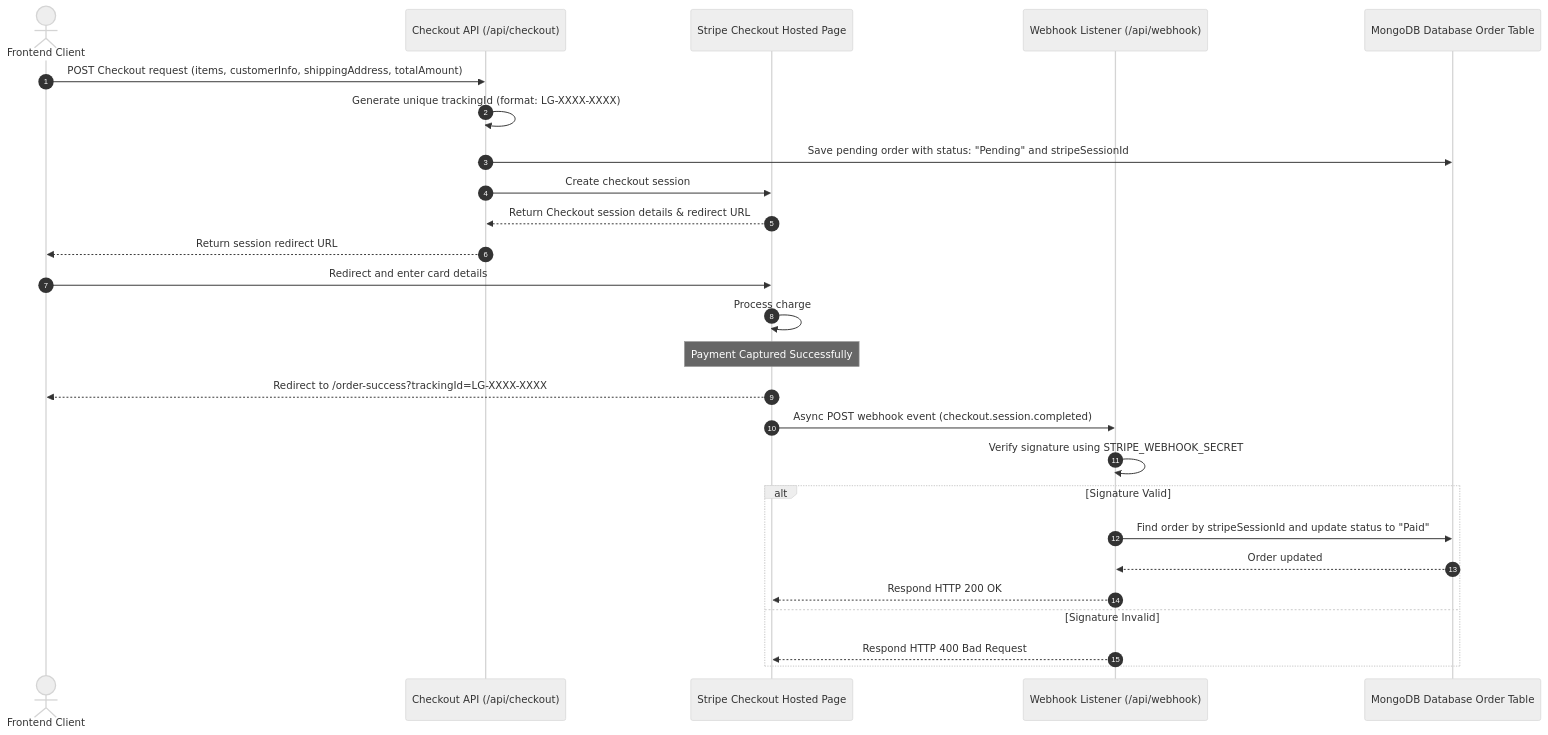
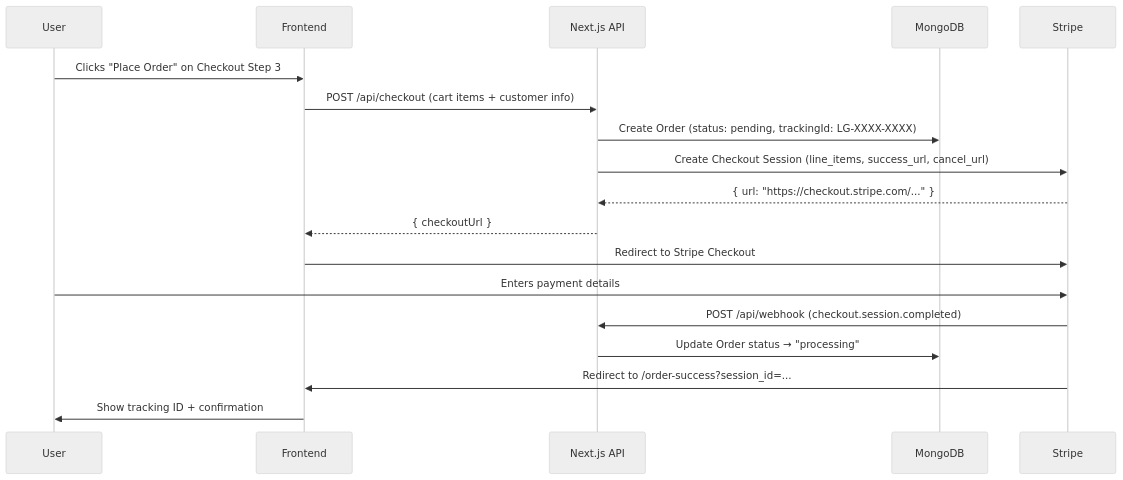
Before and after one commit to nandakumar-nandu/LuxeGems: the fourth of 6 diagrams in README.md, drawn with Mermaid (neutral theme). The commit also changed other lines of this file and 10 other files, not shown here.

````diff
--- a/README.md
+++ b/README.md
@@ -238,29 +279,21 @@
 ```mermaid
 sequenceDiagram
-    autonumber
-    actor Client as Frontend Client
-    participant API as Checkout API (/api/checkout)
-    participant Stripe as Stripe Checkout Hosted Page
-    participant Webhook as Webhook Listener (/api/webhook)
-    participant DB as MongoDB Database Order Table
+    participant User
+    participant Frontend
+    participant API as Next.js API
+    participant DB as MongoDB
+    participant Stripe
 
-    Client->>API: POST Checkout request (items, customerInfo, shippingAddress, totalAmount)
-    API->>API: Generate unique trackingId (format: LG-XXXX-XXXX)
-    API->>DB: Save pending order with status: "Pending" and stripeSessionId
-    API->>Stripe: Create checkout session
-    Stripe-->>API: Return Checkout session details & redirect URL
-    API-->>Client: Return session redirect URL
-    Client->>Stripe: Redirect and enter card details
-    Stripe->>Stripe: Process charge
-    Note over Stripe: Payment Captured Successfully
-    Stripe-->>Client: Redirect to /order-success?trackingId=LG-XXXX-XXXX
-    Stripe->>Webhook: Async POST webhook event (checkout.session.completed)
-    Webhook->>Webhook: Verify signature using STRIPE_WEBHOOK_SECRET
-    alt Signature Valid
-        Webhook->>DB: Find order by stripeSessionId and update status to "Paid"
-        DB-->>Webhook: Order updated
-        Webhook-->>Stripe: Respond HTTP 200 OK
-    else Signature Invalid
-        Webhook-->>Stripe: Respond HTTP 400 Bad Request
-    end
+    User->>Frontend: Clicks "Place Order" on Checkout Step 3
+    Frontend->>API: POST /api/checkout (cart items + customer info)
+    API->>DB: Create Order (status: pending, trackingId: LG-XXXX-XXXX)
+    API->>Stripe: Create Checkout Session (line_items, success_url, cancel_url)
+    Stripe-->>API: { url: "https://checkout.stripe.com/..." }
+    API-->>Frontend: { checkoutUrl }
+    Frontend->>Stripe: Redirect to Stripe Checkout
+    User->>Stripe: Enters payment details
+    Stripe->>API: POST /api/webhook (checkout.session.completed)
+    API->>DB: Update Order status → "processing"
+    Stripe->>Frontend: Redirect to /order-success?session_id=...
+    Frontend->>User: Show tracking ID + confirmation
 ```
````
